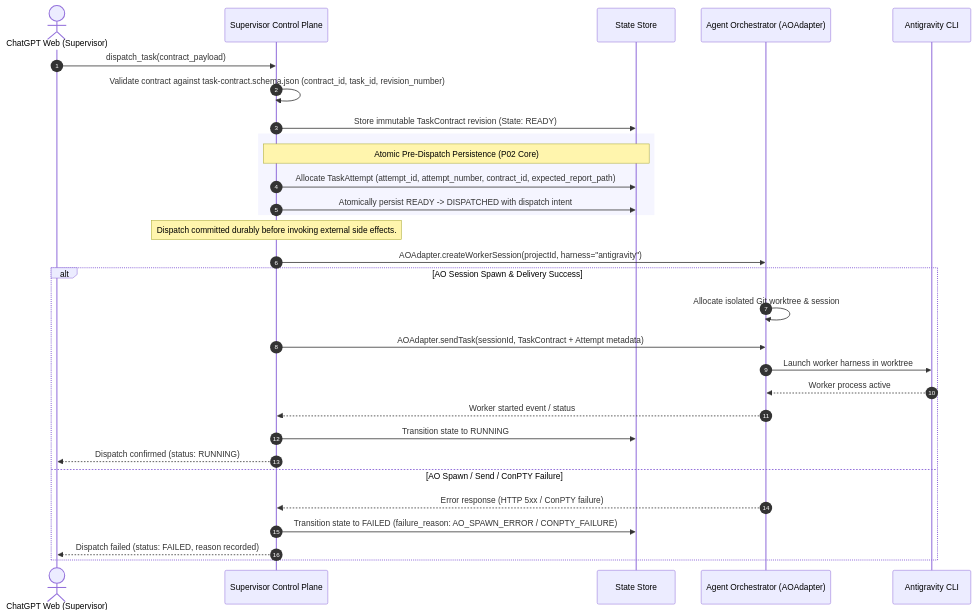
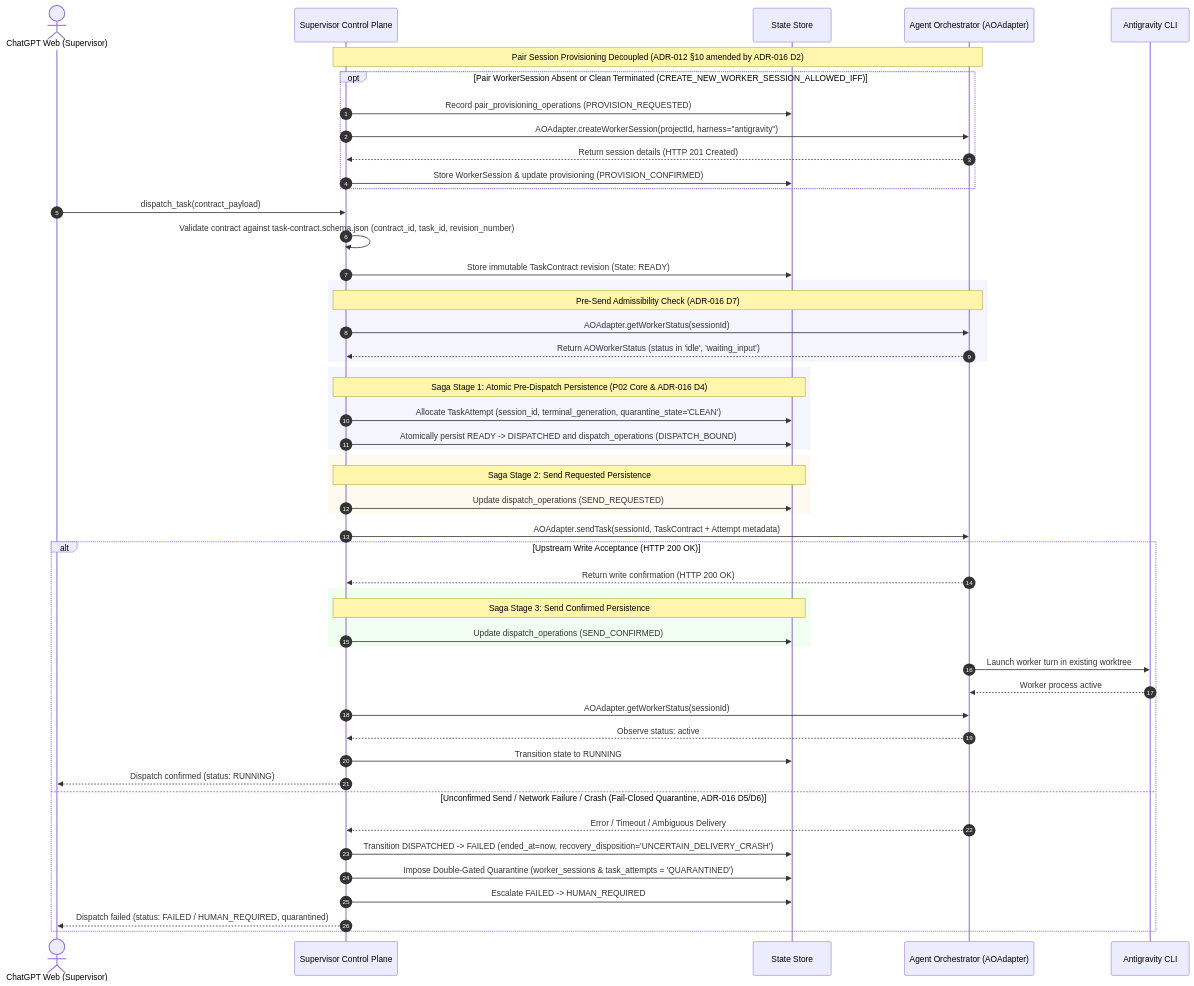
The first of 2 diagrams in docs/04_ARCHITECTURE.md (trungqwe/ai-supervisor), drawn with Mermaid before and after one commit. The commit also changed other lines of this file and 12 other files, not shown here.

````diff
--- a/docs/04_ARCHITECTURE.md
+++ b/docs/04_ARCHITECTURE.md
@@ -60,33 +60,60 @@
 ```mermaid
 sequenceDiagram
     autonumber
     actor ChatGPT as ChatGPT Web (Supervisor)
     participant SCP as Supervisor Control Plane
     participant DB as State Store
     participant AO as Agent Orchestrator (AOAdapter)
     participant Agy as Antigravity CLI
 
+    Note over SCP,AO: Pair Session Provisioning Decoupled (ADR-012 §10 amended by ADR-016 D2)
+    opt Pair WorkerSession Absent or Clean Terminated (CREATE_NEW_WORKER_SESSION_ALLOWED_IFF)
+        SCP->>DB: Record pair_provisioning_operations (PROVISION_REQUESTED)
+        SCP->>AO: AOAdapter.createWorkerSession(projectId, harness="antigravity")
+        AO-->>SCP: Return session details (HTTP 201 Created)
+        SCP->>DB: Store WorkerSession & update provisioning (PROVISION_CONFIRMED)
+    end
+
     ChatGPT->>SCP: dispatch_task(contract_payload)
     SCP->>SCP: Validate contract against task-contract.schema.json (contract_id, task_id, revision_number)
     SCP->>DB: Store immutable TaskContract revision (State: READY)
+
     rect rgb(245, 245, 255)
-        Note over SCP,DB: Atomic Pre-Dispatch Persistence (P02 Core)
-        SCP->>DB: Allocate TaskAttempt (attempt_id, attempt_number, contract_id, expected_report_path)
-        SCP->>DB: Atomically persist READY -> DISPATCHED with dispatch intent
+        Note over SCP,AO: Pre-Send Admissibility Check (ADR-016 D7)
+        SCP->>AO: AOAdapter.getWorkerStatus(sessionId)
+        AO-->>SCP: Return AOWorkerStatus (status in 'idle', 'waiting_input')
     end
-    Note over SCP: Dispatch committed durably before invoking external side effects.
-    SCP->>AO: AOAdapter.createWorkerSession(projectId, harness="antigravity")
-    alt AO Session Spawn & Delivery Success
-        AO->>AO: Allocate isolated Git worktree & session
-        SCP->>AO: AOAdapter.sendTask(sessionId, TaskContract + Attempt metadata)
-        AO->>Agy: Launch worker harness in worktree
+
+    rect rgb(245, 245, 255)
+        Note over SCP,DB: Saga Stage 1: Atomic Pre-Dispatch Persistence (P02 Core & ADR-016 D4)
+        SCP->>DB: Allocate TaskAttempt (session_id, terminal_generation, quarantine_state='CLEAN')
+        SCP->>DB: Atomically persist READY -> DISPATCHED and dispatch_operations (DISPATCH_BOUND)
+    end
+
+    rect rgb(255, 250, 240)
+        Note over SCP,DB: Saga Stage 2: Send Requested Persistence
+        SCP->>DB: Update dispatch_operations (SEND_REQUESTED)
+    end
+
+    SCP->>AO: AOAdapter.sendTask(sessionId, TaskContract + Attempt metadata)
+
+    alt Upstream Write Acceptance (HTTP 200 OK)
+        AO-->>SCP: Return write confirmation (HTTP 200 OK)
+        rect rgb(240, 255, 240)
+            Note over SCP,DB: Saga Stage 3: Send Confirmed Persistence
+            SCP->>DB: Update dispatch_operations (SEND_CONFIRMED)
+        end
+        AO->>Agy: Launch worker turn in existing worktree
         Agy-->>AO: Worker process active
-        AO-->>SCP: Worker started event / status
+        SCP->>AO: AOAdapter.getWorkerStatus(sessionId)
+        AO-->>SCP: Observe status: active
         SCP->>DB: Transition state to RUNNING
         SCP-->>ChatGPT: Dispatch confirmed (status: RUNNING)
-    else AO Spawn / Send / ConPTY Failure
-        AO-->>SCP: Error response (HTTP 5xx / ConPTY failure)
-        SCP->>DB: Transition state to FAILED (failure_reason: AO_SPAWN_ERROR / CONPTY_FAILURE)
-        SCP-->>ChatGPT: Dispatch failed (status: FAILED, reason recorded)
+    else Unconfirmed Send / Network Failure / Crash (Fail-Closed Quarantine, ADR-016 D5/D6)
+        AO-->>SCP: Error / Timeout / Ambiguous Delivery
+        SCP->>DB: Transition DISPATCHED -> FAILED (ended_at=now, recovery_disposition='UNCERTAIN_DELIVERY_CRASH')
+        SCP->>DB: Impose Double-Gated Quarantine (worker_sessions & task_attempts = 'QUARANTINED')
+        SCP->>DB: Escalate FAILED -> HUMAN_REQUIRED
+        SCP-->>ChatGPT: Dispatch failed (status: FAILED / HUMAN_REQUIRED, quarantined)
     end
 ```
````
